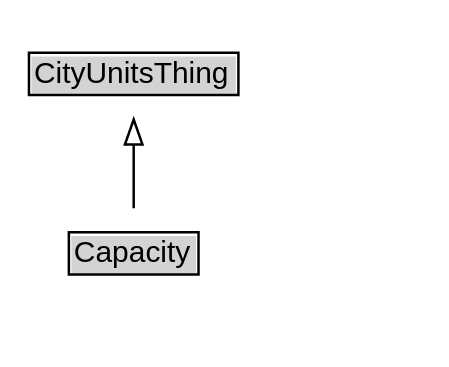
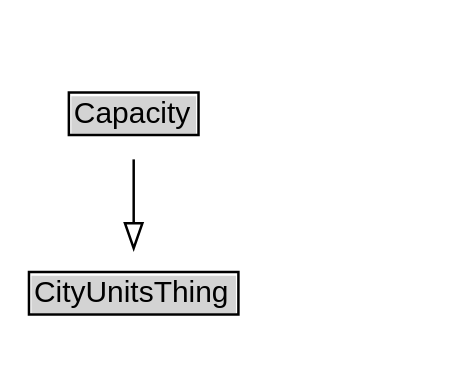
The diagram in docs/diagrams/Capacity.dot (k-vaughn/ontology-cdm-p1-v1), drawn with Graphviz before and after one commit. The commit also changed 283 other files, not shown here.

```diff
--- a/docs/diagrams/Capacity.dot
+++ b/docs/diagrams/Capacity.dot
@@ -1,16 +1,16 @@
 // Diagram for Capacity
 digraph {
 	graph [overlap=false rankdir=TB splines=true]
 	node [fontname=Arial fontsize=12 margin=0 shape=none]
 	edge [fontname=Arial fontsize=11]
+	Capacity [label=<<TABLE BORDER="1" CELLBORDER="0" CELLSPACING="0" CELLPADDING="1"><TR><TD BGCOLOR="lightgray" ALIGN="CENTER">Capacity</TD></TR></TABLE>> URL="../Capacity" margin=0]
 	{
 		rank=max
-		Capacity [label=<<TABLE BORDER="1" CELLBORDER="0" CELLSPACING="0" CELLPADDING="1"><TR><TD BGCOLOR="lightgray" ALIGN="CENTER" PORT="e">Capacity</TD></TR></TABLE>> URL="../Capacity.md" margin=0]
 	}
 	subgraph cluster_associated {
 		label="" style=invis
 		Invis [label=<<TABLE BORDER="0" CELLBORDER="0" CELLSPACING="0" CELLPADDING="1"><TR><TD></TD></TR></TABLE>> margin=0 style=invis]
 	}
-	CityUnitsThing [label=<<TABLE BORDER="1" CELLBORDER="0" CELLSPACING="0" CELLPADDING="1"><TR><TD BGCOLOR="lightgray" ALIGN="CENTER">CityUnitsThing</TD></TR></TABLE>> URL="../CityUnitsThing.md" margin=0]
+	CityUnitsThing [label=<<TABLE BORDER="1" CELLBORDER="0" CELLSPACING="0" CELLPADDING="1"><TR><TD BGCOLOR="lightgray" ALIGN="CENTER">CityUnitsThing</TD></TR></TABLE>> URL="../CityUnitsThing" margin=0]
 	Capacity -> CityUnitsThing [arrowhead=onormal style=solid]
 }
```
